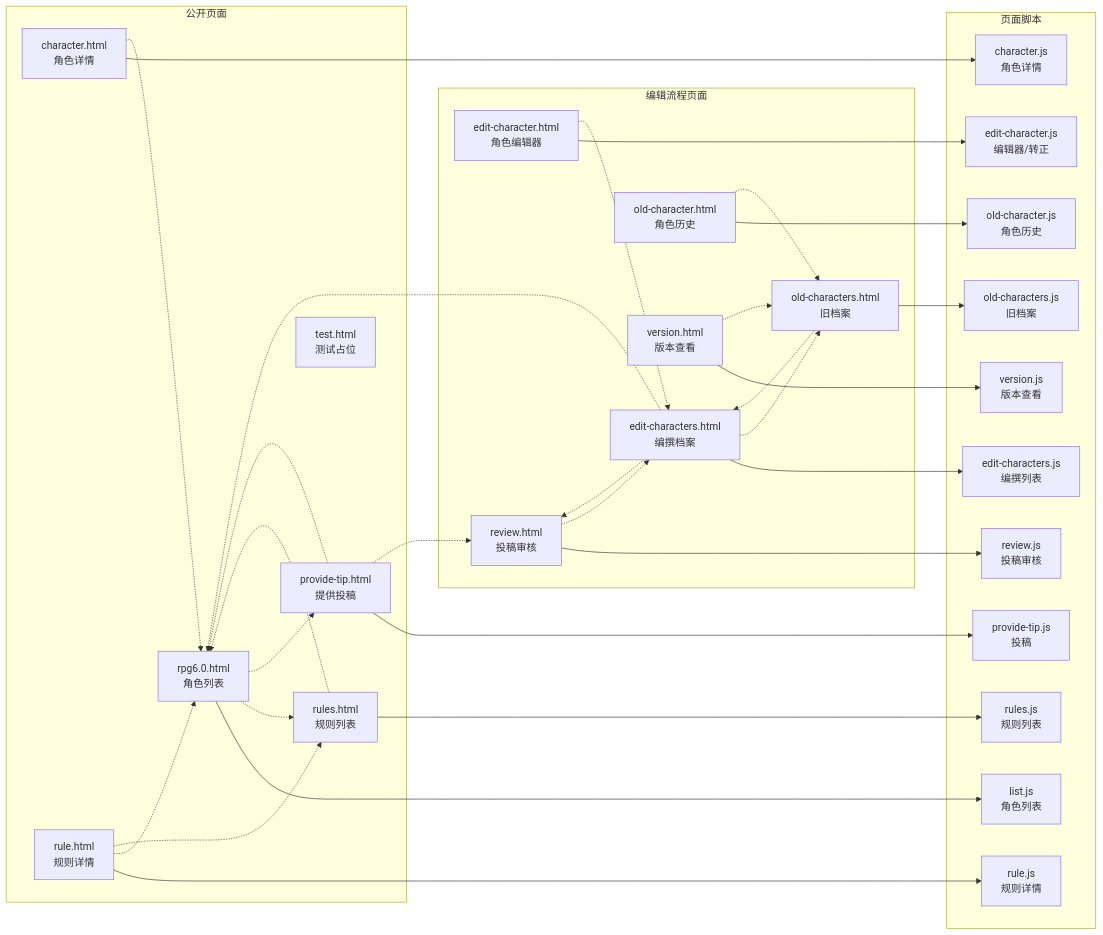
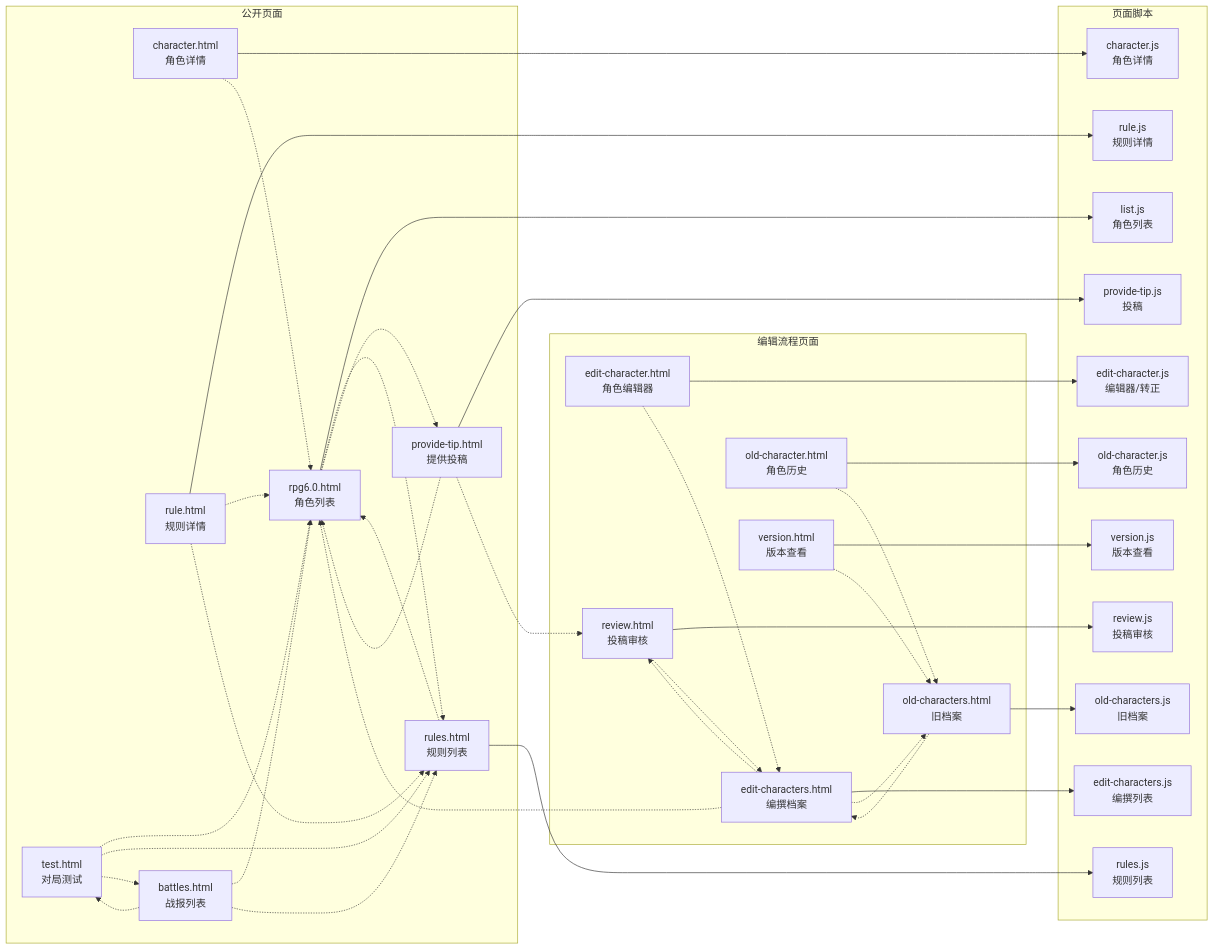
Before and after one commit to cangwu-protect-union/cangwu-protect-union.github.io: the first of 2 diagrams in rpg6.0/架构.md, drawn with Mermaid. The commit also changed other lines of this file and 75 other files, not shown here.

````diff
--- a/rpg6.0/架构.md
+++ b/rpg6.0/架构.md
@@ -15,66 +15,73 @@
 ```mermaid
 flowchart LR
 
   subgraph pubLayer["公开页面"]
     P_rpg6_0["rpg6.0.html<br/>角色列表"]
     P_character["character.html<br/>角色详情"]
     P_rules["rules.html<br/>规则列表"]
     P_rule["rule.html<br/>规则详情"]
     P_provide_tip["provide-tip.html<br/>提供投稿"]
-    P_test["test.html<br/>测试占位"]
+    P_test["test.html<br/>对局测试"]
+    P_battles["battles.html<br/>战报列表"]
   end
 
   subgraph editLayer["编辑流程页面"]
     P_edit_characters["edit-characters.html<br/>编撰档案"]
     P_edit_character["edit-character.html<br/>角色编辑器"]
     P_review["review.html<br/>投稿审核"]
     P_old_characters["old-characters.html<br/>旧档案"]
     P_old_character["old-character.html<br/>角色历史"]
     P_version["version.html<br/>版本查看"]
   end
 
   subgraph scriptLayer["页面脚本"]
     S_character["character.js<br/>角色详情"]
     S_edit_character["edit-character.js<br/>编辑器/转正"]
     S_edit_characters["edit-characters.js<br/>编撰列表"]
     S_list["list.js<br/>角色列表"]
     S_old_character["old-character.js<br/>角色历史"]
     S_old_characters["old-characters.js<br/>旧档案"]
     S_provide_tip["provide-tip.js<br/>投稿"]
     S_review["review.js<br/>投稿审核"]
     S_rule["rule.js<br/>规则详情"]
     S_rules["rules.js<br/>规则列表"]
     S_version["version.js<br/>版本查看"]
   end
 
   %% 页面加载自己的脚本
   P_rpg6_0 --> S_list
   P_character --> S_character
   P_rules --> S_rules
   P_rule --> S_rule
   P_provide_tip --> S_provide_tip
   P_edit_characters --> S_edit_characters
   P_edit_character --> S_edit_character
   P_review --> S_review
   P_old_characters --> S_old_characters
   P_old_character --> S_old_character
   P_version --> S_version
 
   %% 页面之间的跳转
   P_rpg6_0 -.-> P_rules
   P_rpg6_0 -.-> P_provide_tip
   P_character -.-> P_rpg6_0
   P_rules -.-> P_rpg6_0
   P_rule -.-> P_rpg6_0
   P_rule -.-> P_rules
   P_provide_tip -.-> P_rpg6_0
   P_provide_tip -.-> P_review
+  P_test -.-> P_rpg6_0
+  P_test -.-> P_rules
+  P_test -.-> P_battles
+  P_battles -.-> P_rpg6_0
+  P_battles -.-> P_rules
+  P_battles -.-> P_test
   P_edit_characters -.-> P_review
   P_edit_characters -.-> P_old_characters
   P_edit_characters -.-> P_rpg6_0
   P_edit_character -.-> P_edit_characters
   P_review -.-> P_edit_characters
   P_old_characters -.-> P_edit_characters
   P_old_character -.-> P_old_characters
   P_version -.-> P_old_characters
 ```
````
